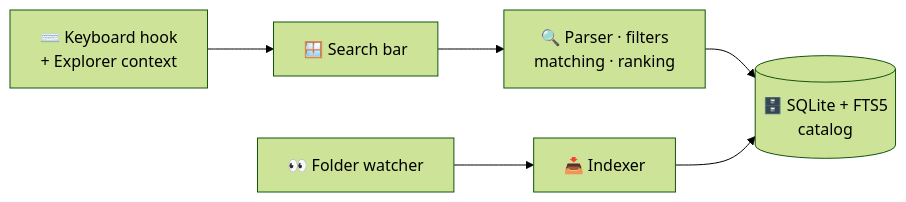
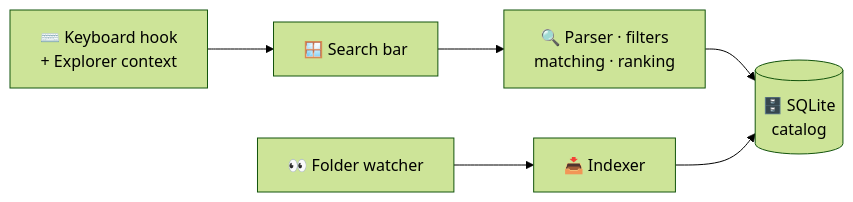
The diagram in README.md (bjspi/PathScout), drawn with Mermaid (forest theme) before and after one commit. The commit also changed other lines of this file and 21 other files, not shown here.

````diff
--- a/README.md
+++ b/README.md
@@ -434,8 +434,8 @@
 ```mermaid
 flowchart LR
     Keys["⌨️ Keyboard hook<br/>+ Explorer context"] --> UI["🪟 Search bar"]
     UI --> Search["🔍 Parser · filters<br/>matching · ranking"]
-    Search --> DB[("🗄️ SQLite + FTS5<br/>catalog")]
+    Search --> DB[("🗄️ SQLite<br/>catalog")]
     Watch["👀 Folder watcher"] --> Index["📥 Indexer"]
     Index --> DB
 ```
````
